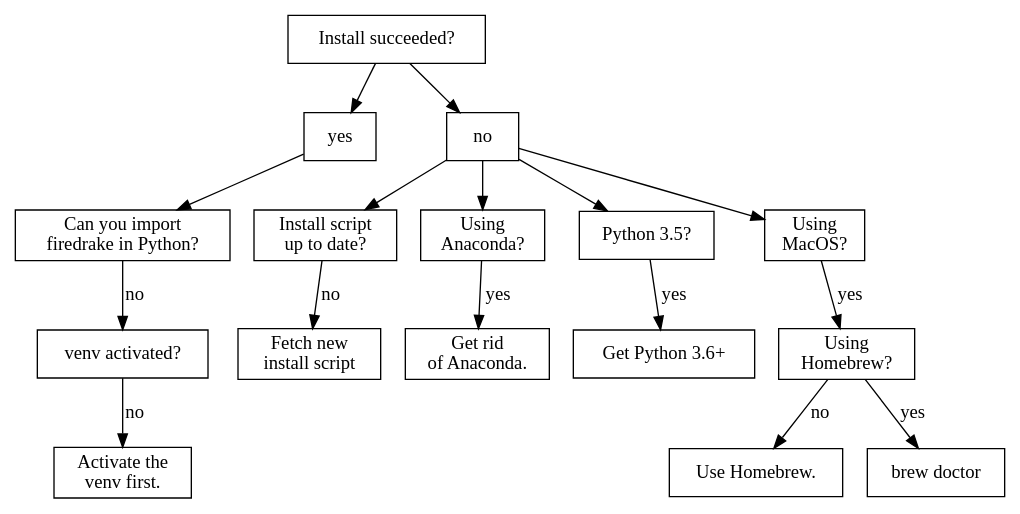
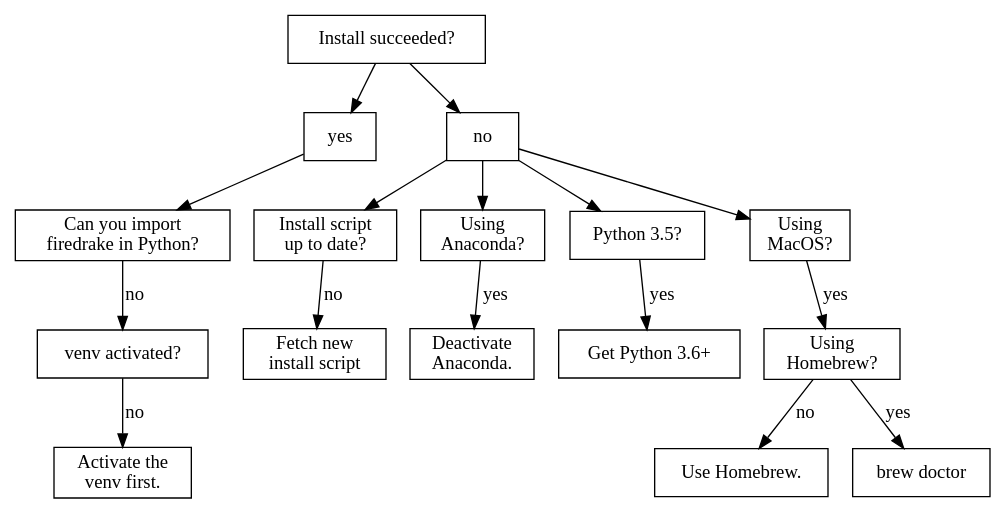
Before and after one commit to firedrakeproject/firedrake: the diagram in docs/source/install-debug.dot, drawn with Graphviz. The commit also changed 1 other file, not shown here.

```diff
--- a/docs/source/install-debug.dot
+++ b/docs/source/install-debug.dot
@@ -1,35 +1,35 @@
 digraph triage {
     node [shape=rect];
 
     can_install [label="Install succeeded?"];
     install_succeeded [label="yes"];
     install_failed [label="no"];
     can_import [label="Can you import\nfiredrake in Python?"];
     venv_activated [label="venv activated?"];
     install_script_up_to_date [label="Install script\nup to date?"];
     using_anaconda [label="Using\nAnaconda?"];
     python_version [label="Python 3.5?"];
     using_macos [label="Using\nMacOS?"];
     using_homebrew [label="Using\nHomebrew?"];
 
     activate_venv [label="Activate the\nvenv first."];
-    uninstall_anaconda [label="Get rid\nof Anaconda."];
+    uninstall_anaconda [label="Deactivate\nAnaconda."];
     update_python [label="Get Python 3.6+"];
     update_install_script [label="Fetch new\ninstall script"];
     get_homebrew [label="Use Homebrew."];
     brew_doctor [label="brew doctor"];
 
     can_install -> install_succeeded;
     install_succeeded -> can_import;
     can_import -> venv_activated [label="no"];
     venv_activated -> activate_venv [label="no"];
 
     can_install -> install_failed;
     install_failed -> {install_script_up_to_date, using_anaconda, python_version, using_macos};
     install_script_up_to_date -> update_install_script [label="no"];
     python_version -> update_python [label="yes"];
     using_anaconda -> uninstall_anaconda [label="yes"];
     using_macos -> using_homebrew [label="yes"];
     using_homebrew -> get_homebrew [label="no"];
     using_homebrew -> brew_doctor [label="yes"];
 }
```
